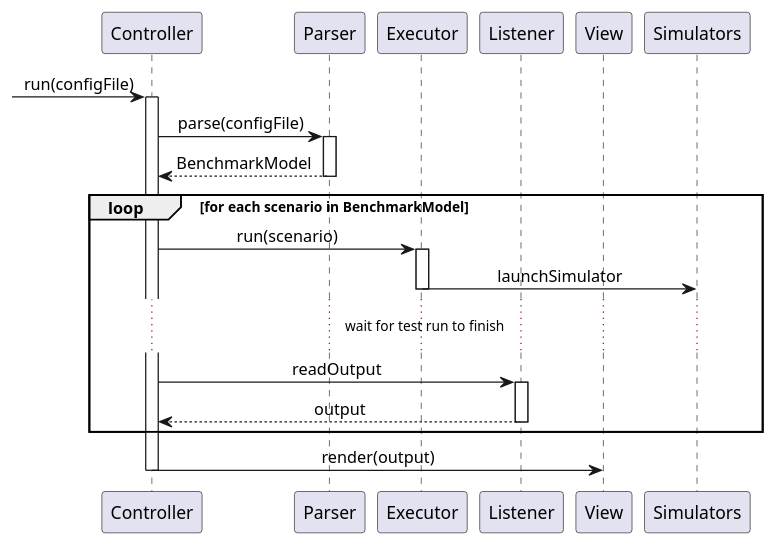
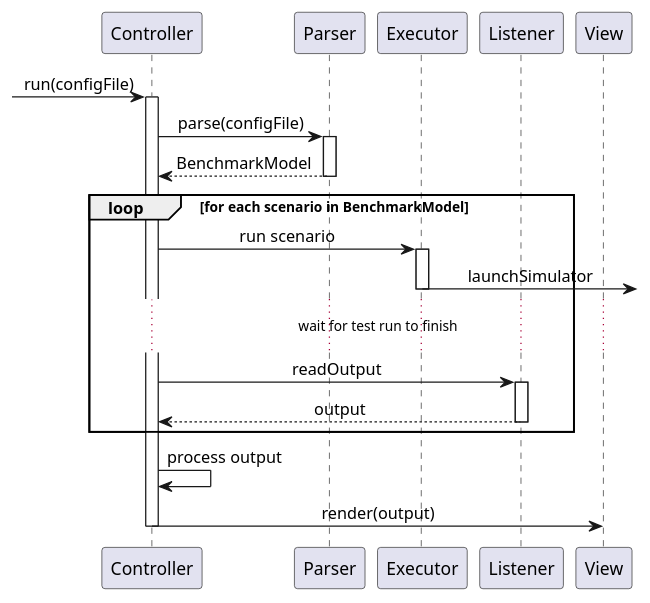
The diagram in src/commonMain/resources/PlantUML/execution-detailed.puml (PaoloPenazzi/testbed), drawn with PlantUML before and after one commit. The commit also changed 2 other files, not shown here.

```diff
--- a/src/commonMain/resources/PlantUML/execution-detailed.puml
+++ b/src/commonMain/resources/PlantUML/execution-detailed.puml
@@ -1,35 +1,34 @@
 @startuml
 skinparam sequenceMessageAlign center
 
 
 
  -> Controller : run(configFile)
 activate Controller
 
 
 Controller -> Parser : parse(configFile)
 activate Parser
 return BenchmarkModel
 
 loop for each scenario in BenchmarkModel
 
-Controller -> Executor : run(scenario)
+Controller -> Executor : run scenario
 activate Executor
-Executor -> Simulators : launchSimulator
+Executor -> : launchSimulator
 deactivate Executor
 
 ...wait for test run to finish...
 
 Controller -> Listener : readOutput
 activate Listener
 return output
 
 end
-
+Controller -> Controller : process output
 Controller -> View : render(output)
 
-collections Simulators
 deactivate Controller
 
 
 @enduml
```
